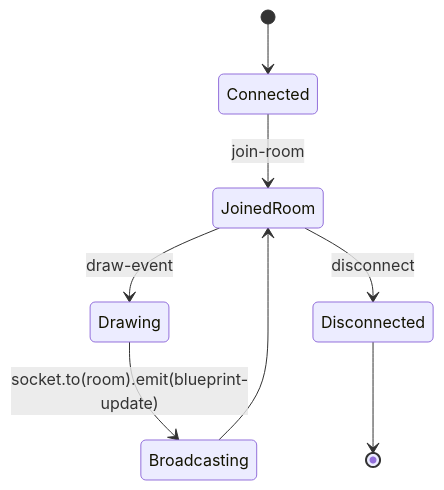
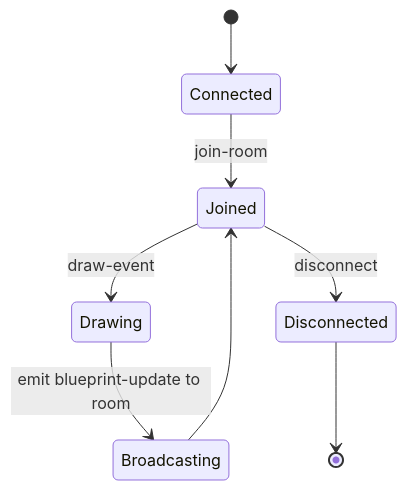
The second of 2 diagrams in README.md (TerraFour-ECI/blueprints-example-backend-socketio-node), drawn with Mermaid before and after one commit. The commit also changed other lines of this file, not shown here.

````diff
--- a/README.md
+++ b/README.md
@@ -36,10 +61,10 @@
 ```mermaid
 stateDiagram-v2
   [*] --> Connected
-  Connected --> JoinedRoom: join-room
-  JoinedRoom --> Drawing: draw-event
-  Drawing --> Broadcasting: socket.to(room).emit(blueprint-update)
-  Broadcasting --> JoinedRoom
-  JoinedRoom --> Disconnected: disconnect
+  Connected --> Joined: join-room
+  Joined --> Drawing: draw-event
+  Drawing --> Broadcasting: emit blueprint-update to room
+  Broadcasting --> Joined
+  Joined --> Disconnected: disconnect
   Disconnected --> [*]
 ```
````
